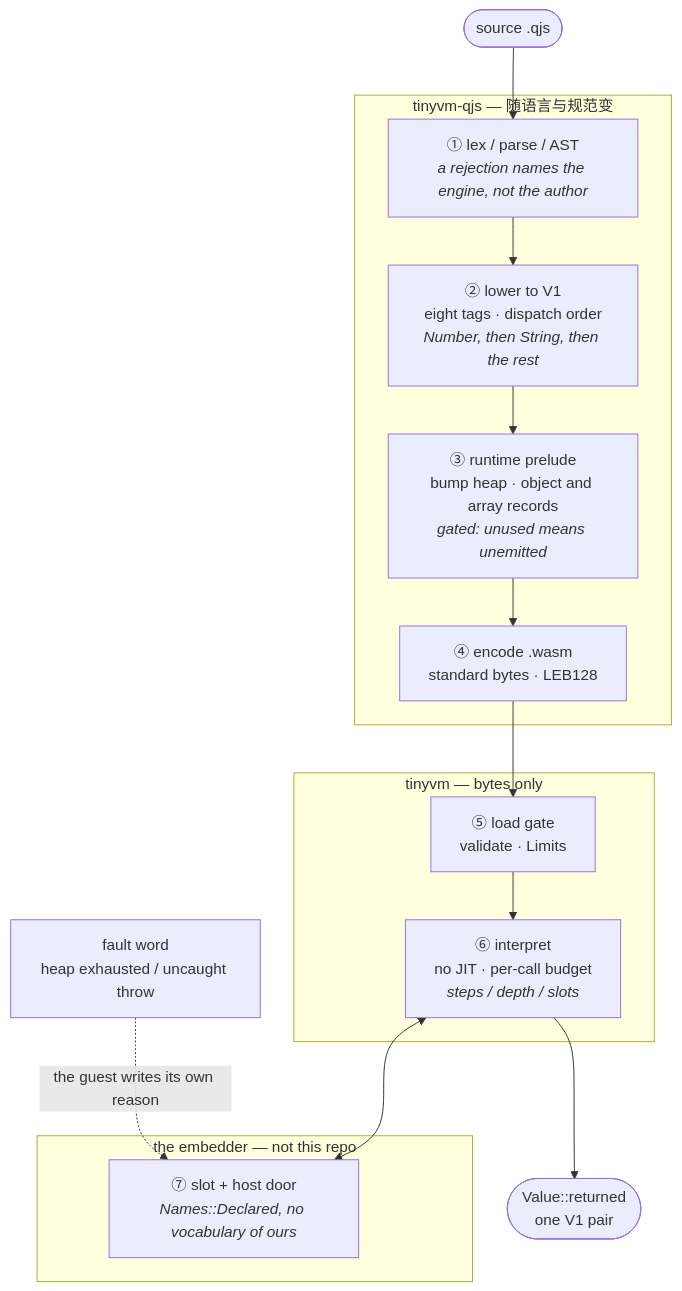
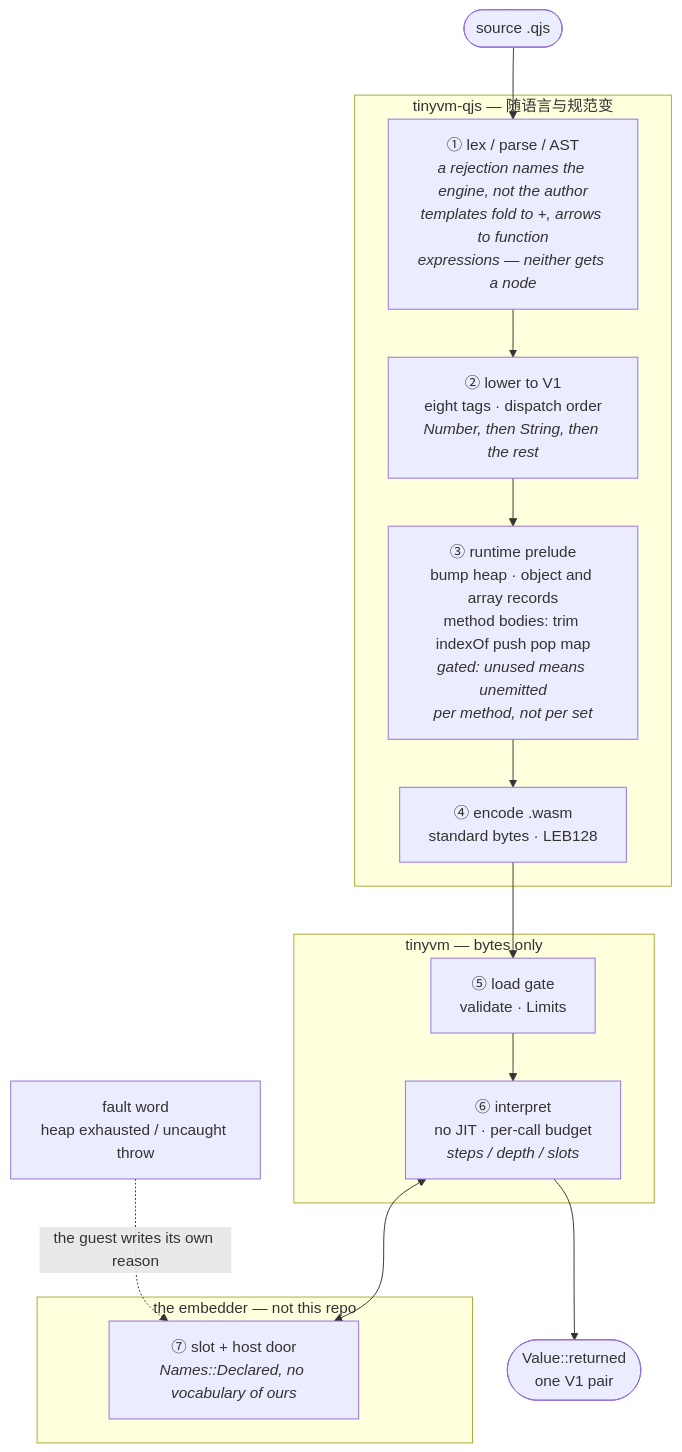
The diagram in prd/PRD.md (partnernetsoftware/tinyvm), drawn with Mermaid before and after one commit. The commit also changed other lines of this file and 1 other file, not shown here.

````diff
--- a/prd/PRD.md
+++ b/prd/PRD.md
@@ -54,26 +54,26 @@
 ```mermaid
 flowchart TD
   subgraph LANG["tinyvm-qjs — 随语言与规范变"]
-    R1["① lex / parse / AST<br/><i>a rejection names the engine, not the author</i>"]
+    R1["① lex / parse / AST<br/><i>a rejection names the engine, not the author</i><br/><i>templates fold to +, arrows to function<br/>expressions — neither gets a node</i>"]
     R2["② lower to V1<br/>eight tags · dispatch order<br/><i>Number, then String, then the rest</i>"]
-    R3["③ runtime prelude<br/>bump heap · object and array records<br/><i>gated: unused means unemitted</i>"]
+    R3["③ runtime prelude<br/>bump heap · object and array records<br/>method bodies: trim indexOf push pop map<br/><i>gated: unused means unemitted</i><br/><i>per method, not per set</i>"]
     R4["④ encode .wasm<br/>standard bytes · LEB128"]
     R1 --> R2 --> R3 --> R4
   end
 
   subgraph CORE["tinyvm — bytes only"]
     R5["⑤ load gate<br/>validate · Limits"]
     R6["⑥ interpret<br/>no JIT · per-call budget<br/><i>steps / depth / slots</i>"]
     R5 --> R6
   end
 
   subgraph HOST["the embedder — not this repo"]
     R7["⑦ slot + host door<br/><i>Names::Declared, no vocabulary of ours</i>"]
   end
 
   SRC(["source .qjs"]) --> R1
   R4 --> R5
   R6 <--> R7
   R6 --> OUT(["Value::returned<br/>one V1 pair"])
   FW["fault word<br/>heap exhausted / uncaught throw"] -.->|"the guest writes its own reason"| R7
 ```
````
